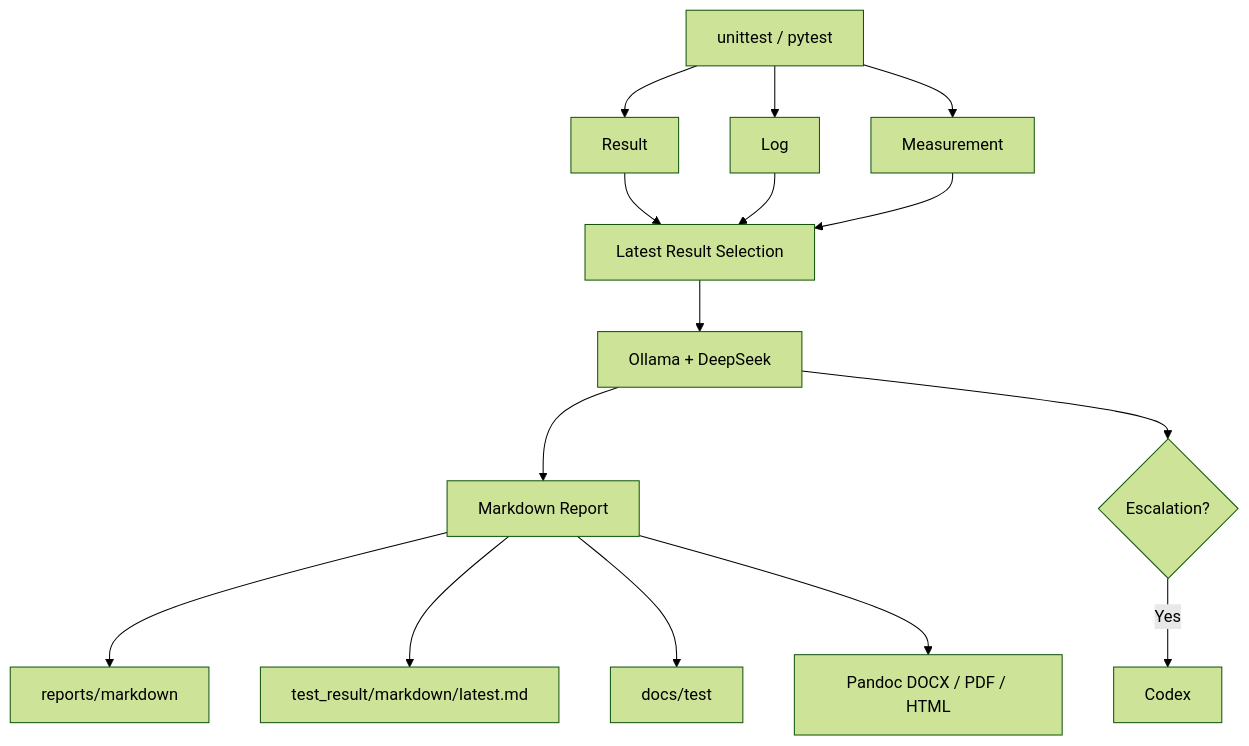
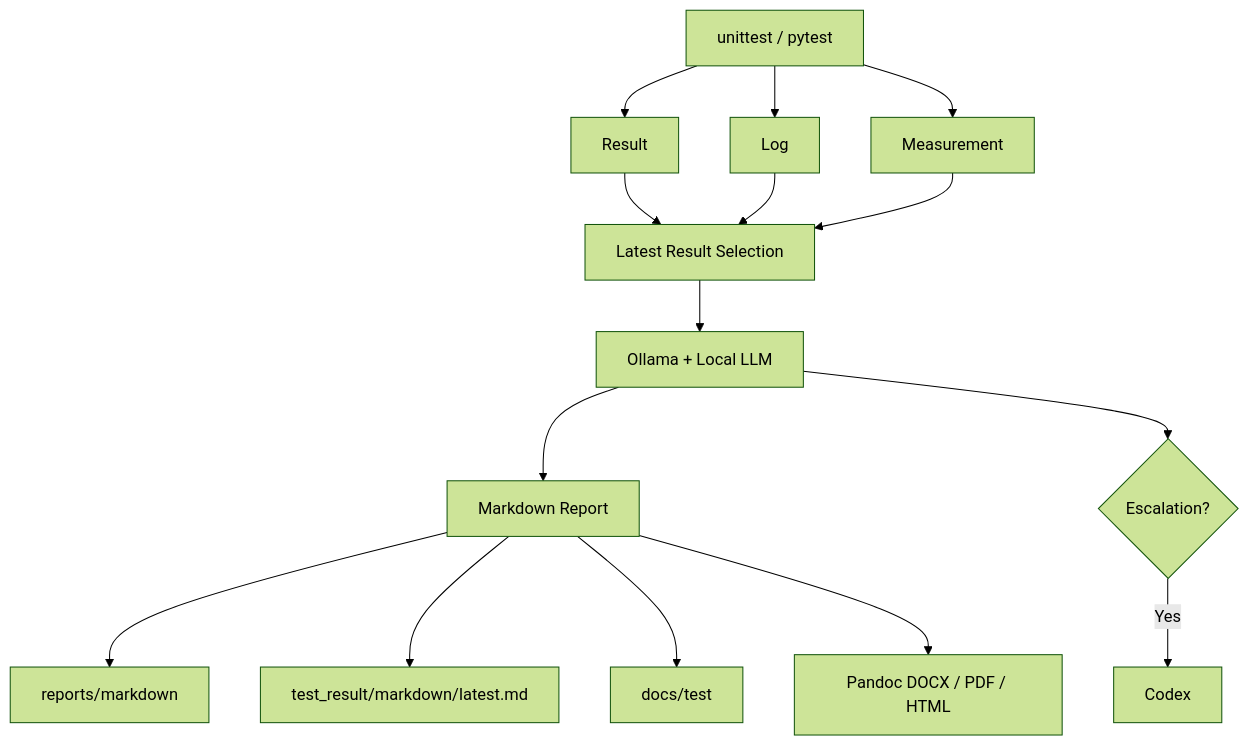
One commit to JeonghunLee/AI-driven-CI-CT changed the fifth of 5 diagrams in docs/index.md. Above: the diagram before and after it, drawn with Mermaid (forest theme). The commit also changed other lines of this file and 23 other files, not shown here.

First line of the commit message:
Refactor to replace DeepSeek with Local LLM

````diff
--- a/docs/index.md
+++ b/docs/index.md
@@ -202,17 +207,17 @@
 ```mermaid
 flowchart TD
     A[unittest / pytest] --> B[Result]
     A --> C[Log]
     A --> D[Measurement]
     B --> E[Latest Result Selection]
     C --> E
     D --> E
-    E --> F[Ollama + DeepSeek]
+    E --> F[Ollama + Local LLM]
     F --> G[Markdown Report]
     G --> H[reports/markdown]
     G --> I[test_result/markdown/latest.md]
     G --> J[docs/test]
     G --> K[Pandoc DOCX / PDF / HTML]
     F --> L{Escalation?}
     L -- Yes --> M[Codex]
 ```
````
